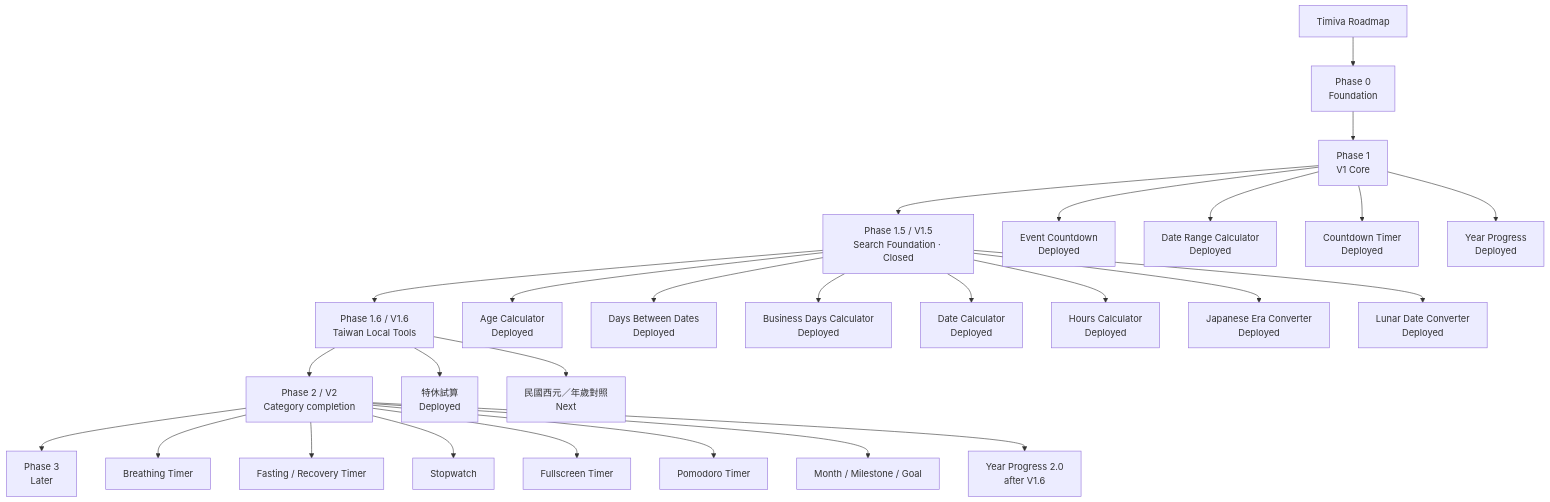
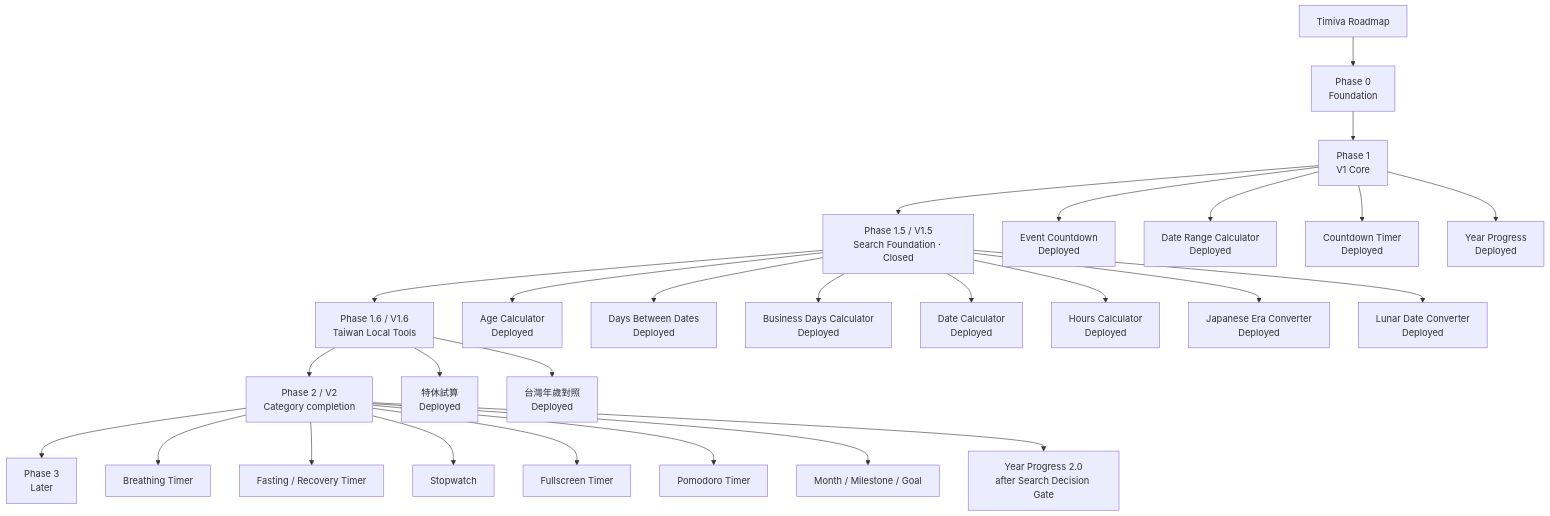
The diagram in docs/core/roadmap.md (jd-jane/Timiva), drawn with Mermaid before and after one commit. The commit also changed other lines of this file and 7 other files, not shown here.

````diff
--- a/docs/core/roadmap.md
+++ b/docs/core/roadmap.md
@@ -35,33 +35,33 @@
 ```mermaid
 flowchart TD
     A[Timiva Roadmap] --> B[Phase 0<br/>Foundation]
     B --> C[Phase 1<br/>V1 Core]
     C --> D[Phase 1.5 / V1.5<br/>Search Foundation · Closed]
     D --> D16[Phase 1.6 / V1.6<br/>Taiwan Local Tools]
     D16 --> E[Phase 2 / V2<br/>Category completion]
     E --> F[Phase 3<br/>Later]
 
     C --> C1[Event Countdown<br/>Deployed]
     C --> C2[Date Range Calculator<br/>Deployed]
     C --> C3[Countdown Timer<br/>Deployed]
     C --> C4[Year Progress<br/>Deployed]
 
     D --> D1[Age Calculator<br/>Deployed]
     D --> D2[Days Between Dates<br/>Deployed]
     D --> D3[Business Days Calculator<br/>Deployed]
     D --> D4[Date Calculator<br/>Deployed]
     D --> D5[Hours Calculator<br/>Deployed]
     D --> D6[Japanese Era Converter<br/>Deployed]
     D --> D7[Lunar Date Converter<br/>Deployed]
 
     D16 --> T1[特休試算<br/>Deployed]
-    D16 --> T2[民國西元／年歲對照<br/>Next]
+    D16 --> T2[台灣年歲對照<br/>Deployed]
 
     E --> E1[Breathing Timer]
     E --> E2[Fasting / Recovery Timer]
     E --> E3[Stopwatch]
     E --> E4[Fullscreen Timer]
     E --> E5[Pomodoro Timer]
     E --> E6[Month / Milestone / Goal]
-    E --> E7[Year Progress 2.0<br/>after V1.6]
+    E --> E7[Year Progress 2.0<br/>after Search Decision Gate]
 ```
````
